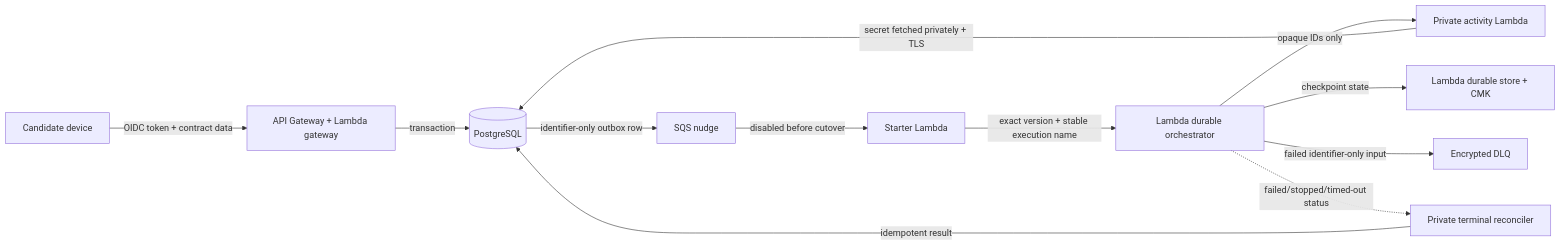
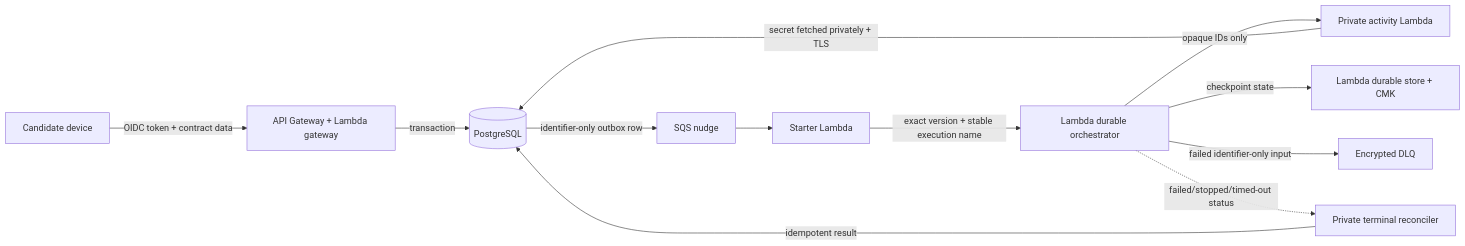
One commit to Vrixic/project-ai-job-apply changed the diagram in docs/security/data-flow-and-classification.md. Above: the diagram before and after it, drawn with Mermaid. The commit also changed other lines of this file and 136 other files, not shown here.

````diff
--- a/docs/security/data-flow-and-classification.md
+++ b/docs/security/data-flow-and-classification.md
@@ -25,14 +8,14 @@
 ```mermaid
 flowchart LR
   User2[Candidate device] -->|OIDC token + contract data| Edge2[API Gateway + Lambda gateway]
   Edge2 -->|transaction| PG2[(PostgreSQL)]
   PG2 -->|identifier-only outbox row| Nudge[SQS nudge]
-  Nudge -->|disabled before cutover| Starter[Starter Lambda]
+  Nudge --> Starter[Starter Lambda]
   Starter -->|exact version + stable execution name| Durable[Lambda durable orchestrator]
   Durable -->|opaque IDs only| Activity[Private activity Lambda]
   Activity -->|secret fetched privately + TLS| PG2
   Durable -->|checkpoint state| KMS[Lambda durable store + CMK]
   Durable -->|failed identifier-only input| DLQ[Encrypted DLQ]
   Durable -.->|failed/stopped/timed-out status| Terminal
   Terminal[Private terminal reconciler] -->|idempotent result| PG2
 ```
````
